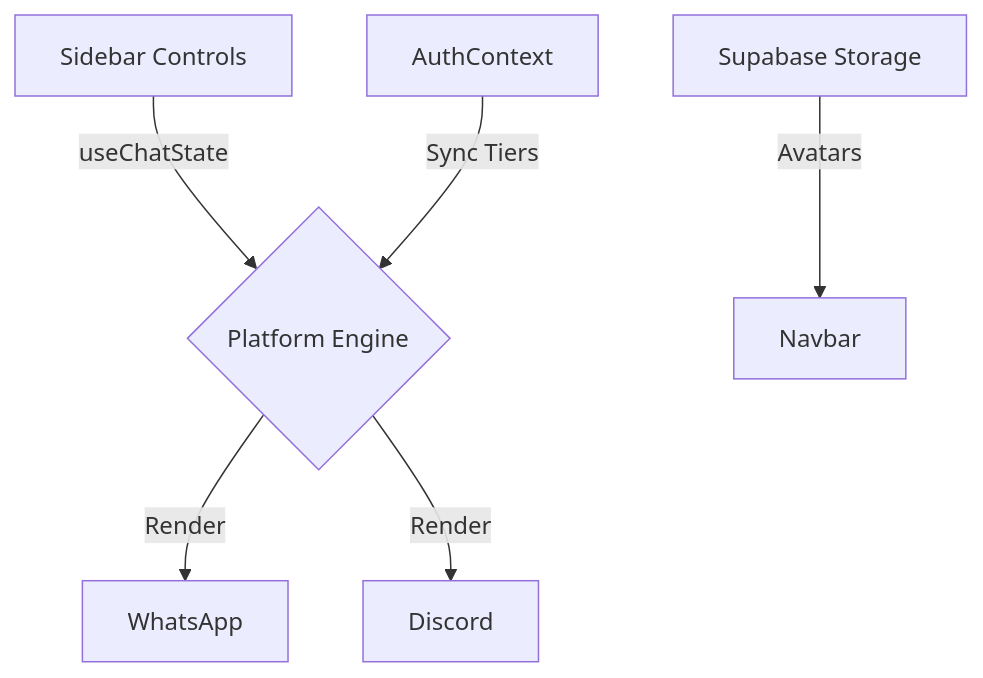
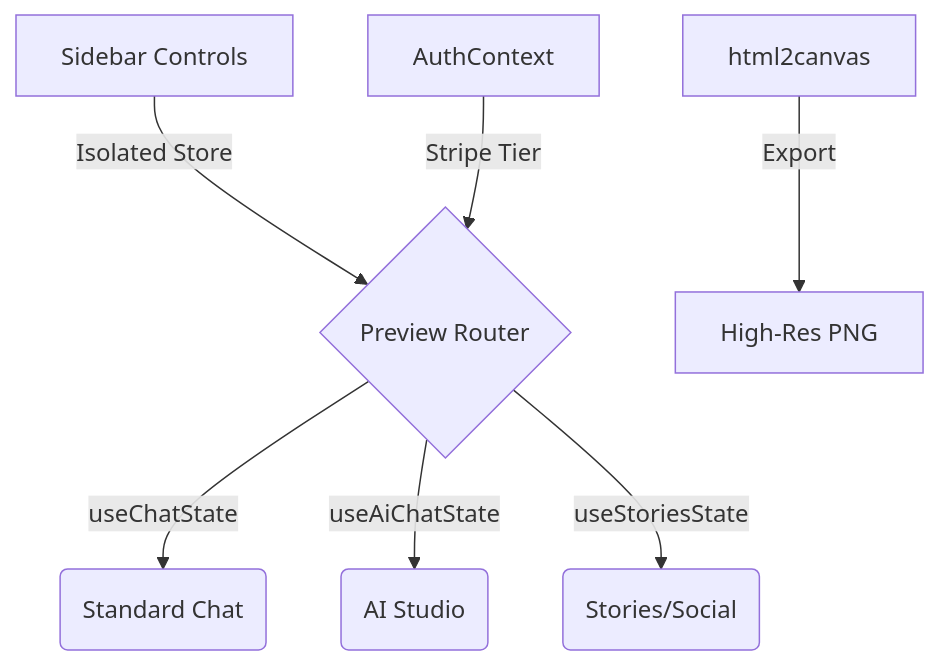
The diagram in README.md (YumiNoona/VeilY), drawn with Mermaid before and after one commit. The commit also changed other lines of this file and 21 other files, not shown here.

````diff
--- a/README.md
+++ b/README.md
@@ -78,8 +62,9 @@
 ```mermaid
 graph TD
-    A[Sidebar Controls] -->|useChatState| B{Platform Engine}
-    B -->|Render| C[WhatsApp]
-    B -->|Render| D[Discord]
-    E[AuthContext] -->|Sync Tiers| B
-    F[Supabase Storage] -->|Avatars| G[Navbar]
+    A[Sidebar Controls] -->|Isolated Store| B{Preview Router}
+    B -->|useChatState| C(Standard Chat)
+    B -->|useAiChatState| D(AI Studio)
+    B -->|useStoriesState| E(Stories/Social)
+    F[AuthContext] -->|Stripe Tier| B
+    G[html2canvas] -->|Export| H[High-Res PNG]
 ```
````
